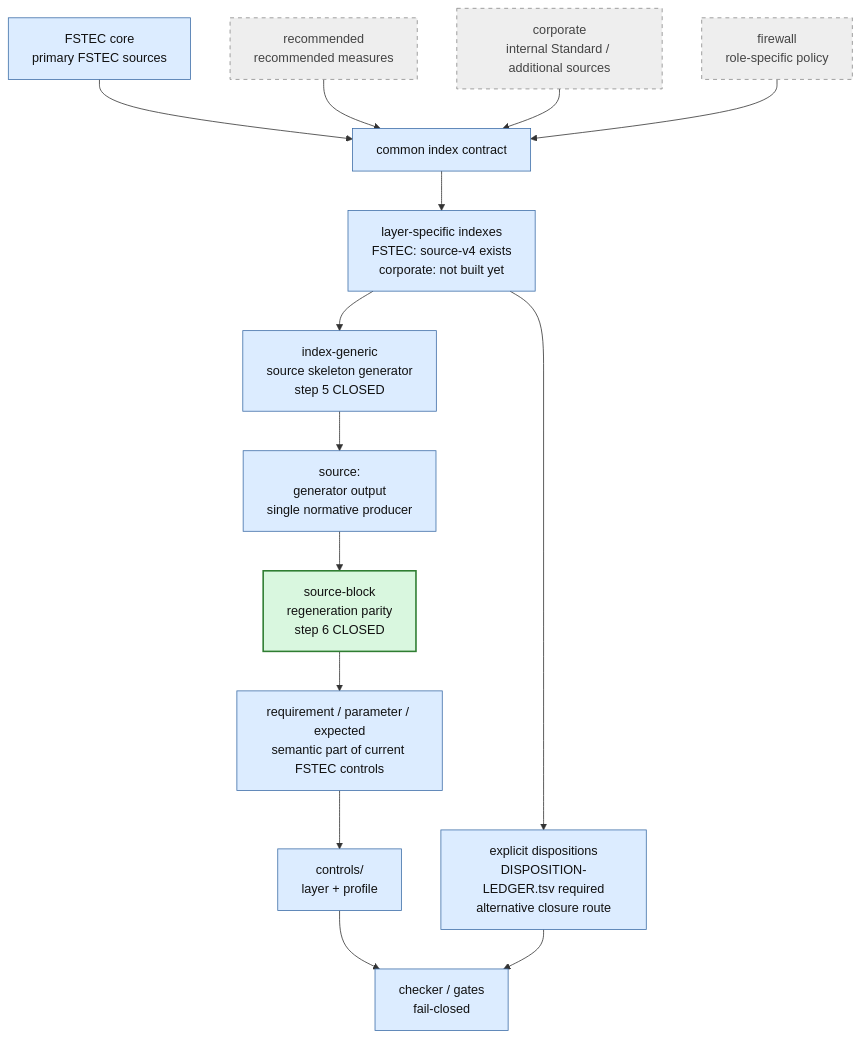
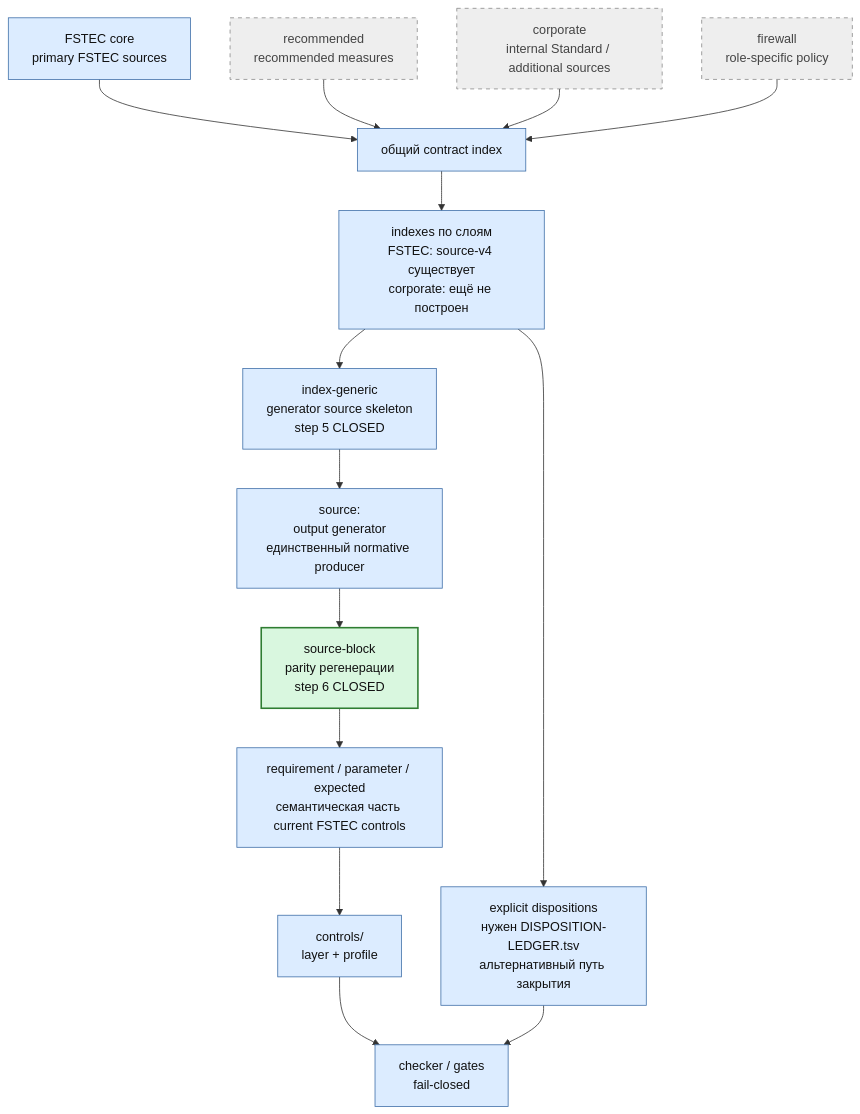
One commit to rasav65/SecureLinux-Policy changed the second of 6 diagrams in docs/PROJECT-MAP-v3.md. Above: the diagram before and after it, drawn with Mermaid. The commit also changed other lines of this file and 114 other files, not shown here.

Commit message:
project: consolidate audited current state before APPLY contract

````diff
--- a/docs/PROJECT-MAP-v3.md
+++ b/docs/PROJECT-MAP-v3.md
@@ -165,28 +165,28 @@
 ```mermaid
 flowchart TB
     FSTEC["FSTEC core<br/>primary FSTEC sources"]:::component
     RECOMMENDED["recommended<br/>recommended measures"]:::future
     CORPORATE["corporate<br/>internal Standard / additional sources"]:::future
     FIREWALL["firewall<br/>role-specific policy"]:::future
 
-    FSTEC --> CONTRACT["common index contract"]:::component
+    FSTEC --> CONTRACT["общий contract index"]:::component
     RECOMMENDED --> CONTRACT
     CORPORATE --> CONTRACT
     FIREWALL --> CONTRACT
 
-    CONTRACT --> INDEXES["layer-specific indexes<br/>FSTEC: source-v4 exists<br/>corporate: not built yet"]:::component
-    INDEXES --> GENERATOR["index-generic<br/>source skeleton generator<br/>step 5 CLOSED"]:::component
-    GENERATOR --> SOURCE["source:<br/>generator output<br/>single normative producer"]:::component
-    SOURCE --> PARITY["source-block<br/>regeneration parity<br/>step 6 CLOSED"]:::closed
-    PARITY --> SEM["requirement / parameter / expected<br/>semantic part of current FSTEC controls"]:::component
+    CONTRACT --> INDEXES["indexes по слоям<br/>FSTEC: source-v4 существует<br/>corporate: ещё не построен"]:::component
+    INDEXES --> GENERATOR["index-generic<br/>generator source skeleton<br/>step 5 CLOSED"]:::component
+    GENERATOR --> SOURCE["source:<br/>output generator<br/>единственный normative producer"]:::component
+    SOURCE --> PARITY["source-block<br/>parity регенерации<br/>step 6 CLOSED"]:::closed
+    PARITY --> SEM["requirement / parameter / expected<br/>семантическая часть current FSTEC controls"]:::component
     SEM --> CONTROLS["controls/<br/>layer + profile"]:::component
     CONTROLS --> CHECKER["checker / gates<br/>fail-closed"]:::component
 
-    DISP2["explicit dispositions<br/>DISPOSITION-LEDGER.tsv required<br/>alternative closure route"]:::component
+    DISP2["explicit dispositions<br/>нужен DISPOSITION-LEDGER.tsv<br/>альтернативный путь закрытия"]:::component
     INDEXES --> DISP2
     DISP2 --> CHECKER
 
     classDef closed fill:#d9f7df,stroke:#2f7d32,color:#111,stroke-width:2px;
     classDef component fill:#dcecff,stroke:#3e6ea8,color:#111;
     classDef future fill:#eeeeee,stroke:#888,color:#444,stroke-dasharray: 5 5;
 ```
````
